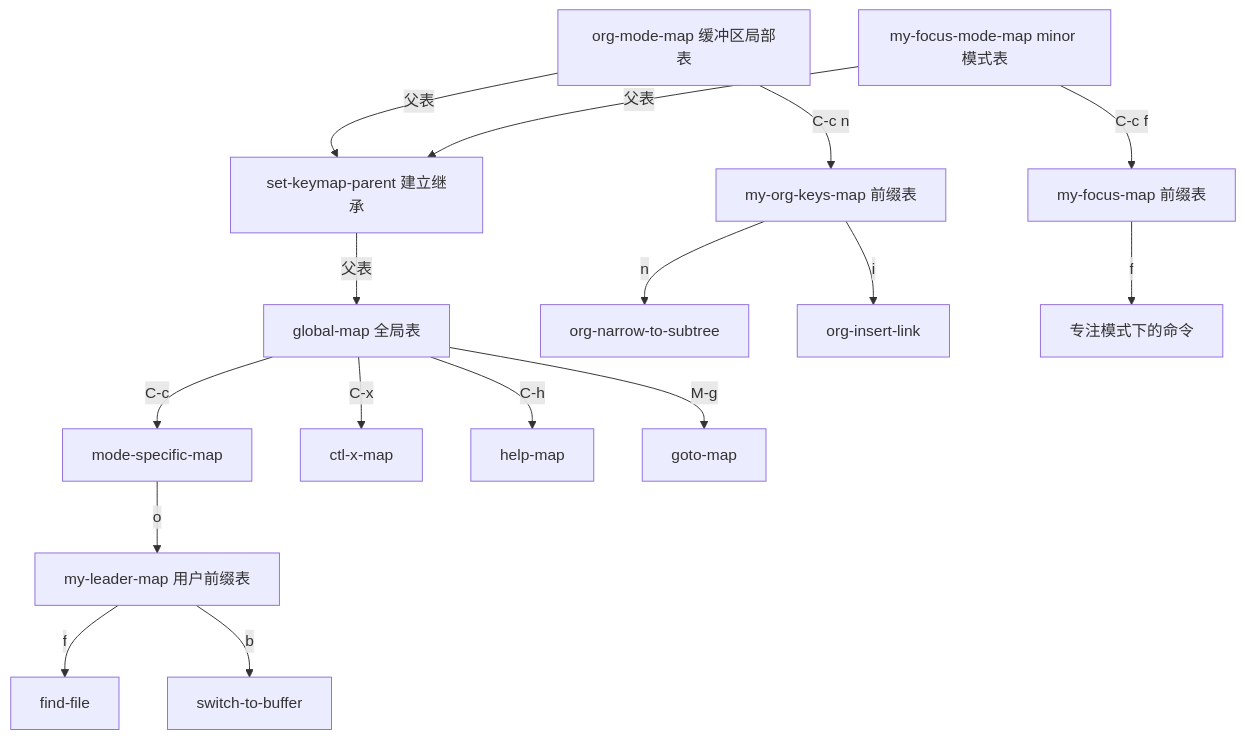
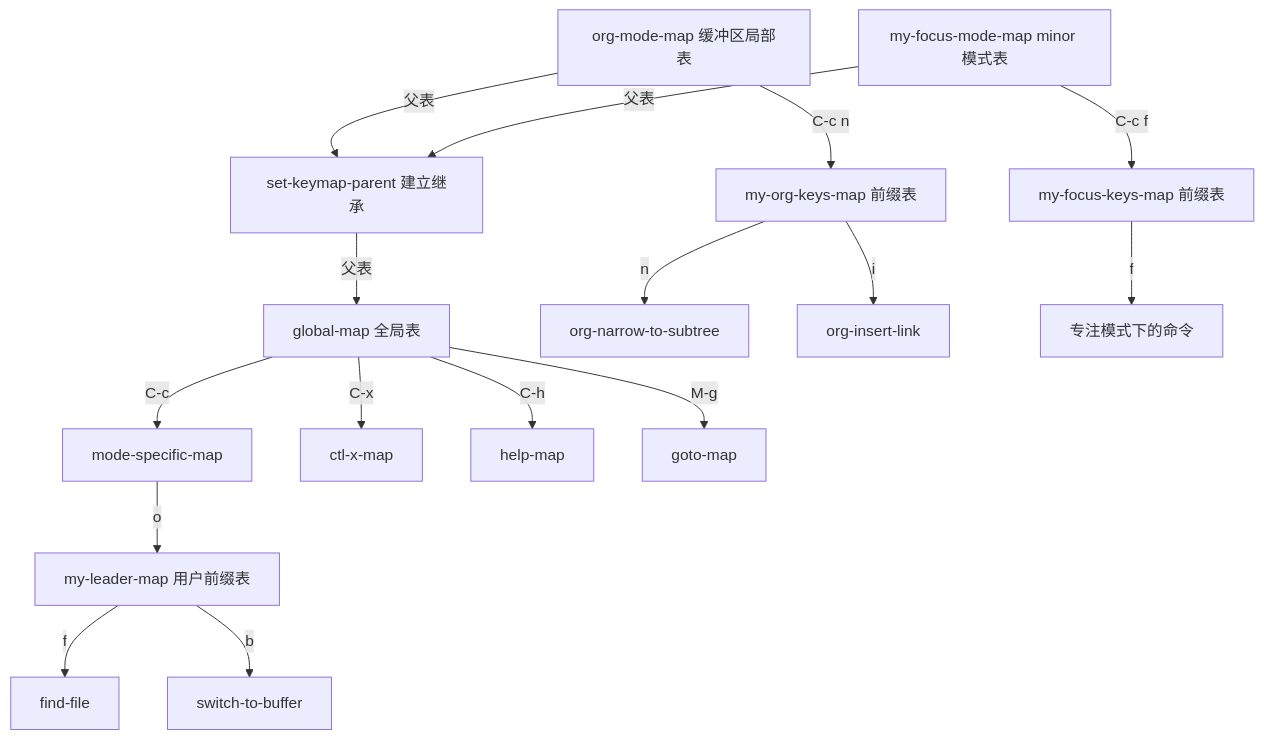
The second of 2 diagrams in emacs教程/2Elisp语言/08_命令与键位映射.md (missercatos/RootStack), drawn with Mermaid before and after one commit. The commit also changed other lines of this file and 11 other files, not shown here.

````diff
--- a/emacs教程/2Elisp语言/08_命令与键位映射.md
+++ b/emacs教程/2Elisp语言/08_命令与键位映射.md
@@ -540,22 +540,22 @@
 ```mermaid
 graph TD
     GM["global-map 全局表"]
     GM -->|"C-c"| MSP["mode-specific-map"]
     GM -->|"C-x"| CXM["ctl-x-map"]
     GM -->|"C-h"| HM["help-map"]
     GM -->|"M-g"| GTM["goto-map"]
     MSP -->|"o"| ULM["my-leader-map 用户前缀表"]
     ULM -->|"f"| UF["find-file"]
     ULM -->|"b"| UB["switch-to-buffer"]
     OMM["org-mode-map 缓冲区局部表"]
     OMM -->|"C-c n"| OKM["my-org-keys-map 前缀表"]
     OKM -->|"n"| ON["org-narrow-to-subtree"]
     OKM -->|"i"| OI["org-insert-link"]
     FMM["my-focus-mode-map minor 模式表"]
-    FMM -->|"C-c f"| FKM["my-focus-map 前缀表"]
+    FMM -->|"C-c f"| FKM["my-focus-keys-map 前缀表"]
     FKM -->|"f"| FF["专注模式下的命令"]
     PAR["set-keymap-parent 建立继承"]
     PAR -->|"父表"| GM
     OMM -->|"父表"| PAR
     FMM -->|"父表"| PAR
 ```
````
